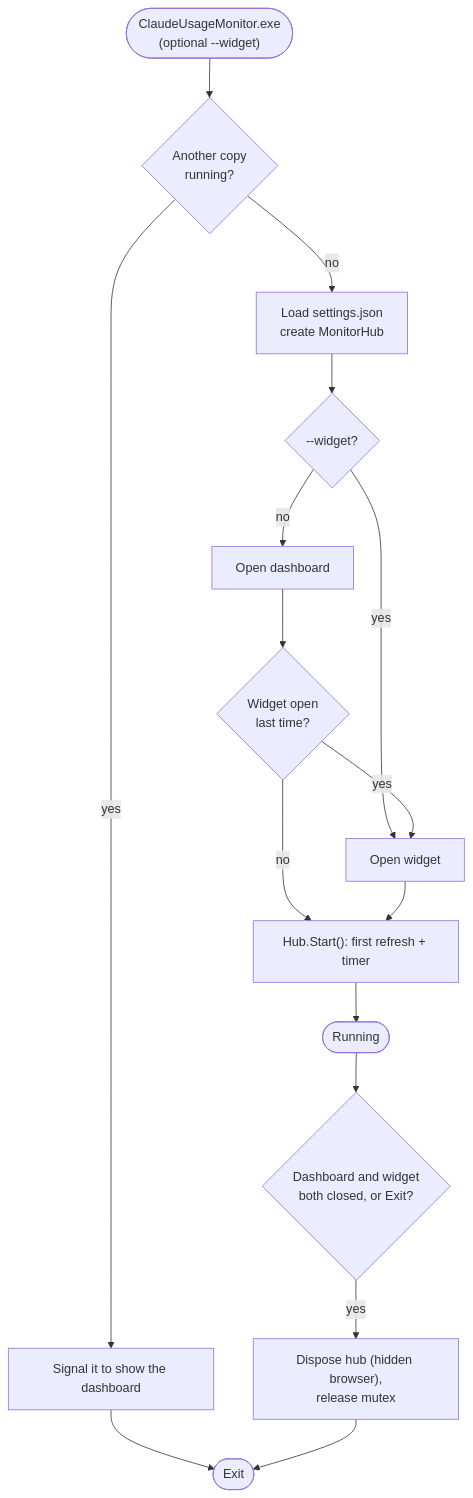
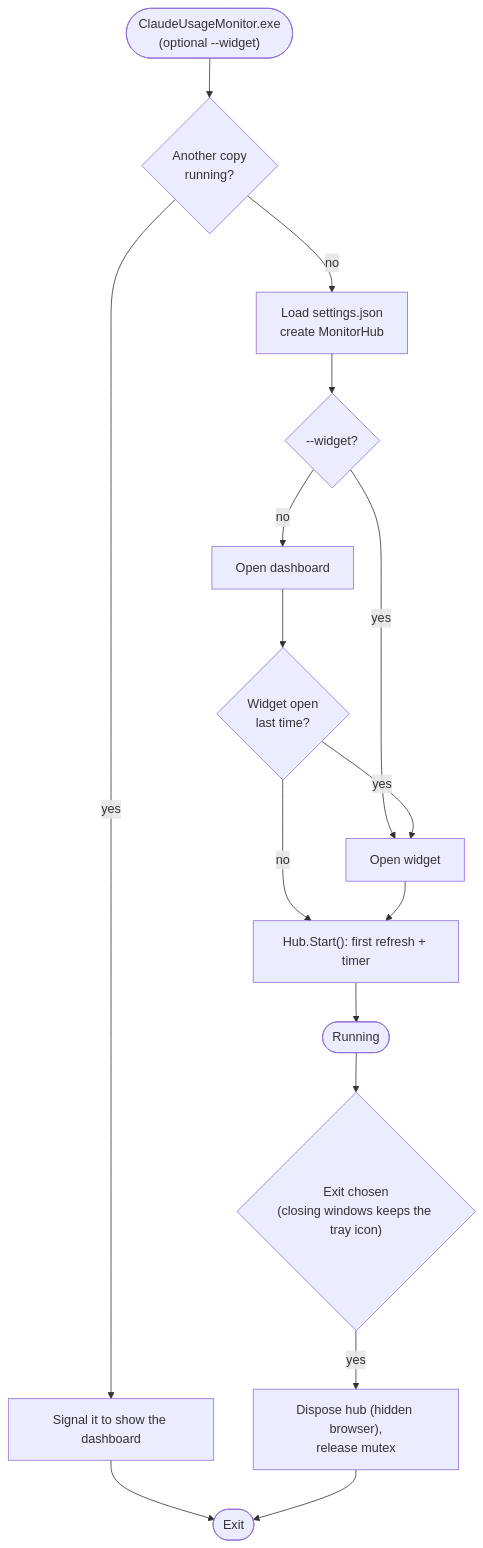
One commit to agoldust/Claude-Monitor-Usage-Statics changed the fifth of 6 diagrams in docs/DIAGRAMS.md. Above: the diagram before and after it, drawn with Mermaid. The commit also changed 13 other files, not shown here.

First line of the commit message:
Add tray icon, responsive layout and request timeouts (0.3.0)

````diff
--- a/docs/DIAGRAMS.md
+++ b/docs/DIAGRAMS.md
@@ -185,16 +185,16 @@
 ```mermaid
 flowchart TD
     start(["ClaudeUsageMonitor.exe<br/>(optional --widget)"]) --> mutex{"Another copy<br/>running?"}
     mutex -- yes --> signal["Signal it to show the dashboard"] --> quit(["Exit"])
     mutex -- no --> load["Load settings.json<br/>create MonitorHub"]
     load --> mode{"--widget?"}
     mode -- no --> dash["Open dashboard"]
     mode -- yes --> widget["Open widget"]
     dash --> wasOpen{"Widget open<br/>last time?"}
     wasOpen -- yes --> widget
     wasOpen -- no --> hubStart
     widget --> hubStart["Hub.Start(): first refresh + timer"]
     hubStart --> running(["Running"])
-    running --> closeAll{"Dashboard and widget<br/>both closed, or Exit?"}
+    running --> closeAll{"Exit chosen<br/>(closing windows keeps the tray icon)"}
     closeAll -- yes --> dispose["Dispose hub (hidden browser),<br/>release mutex"] --> quit
 ```
````
